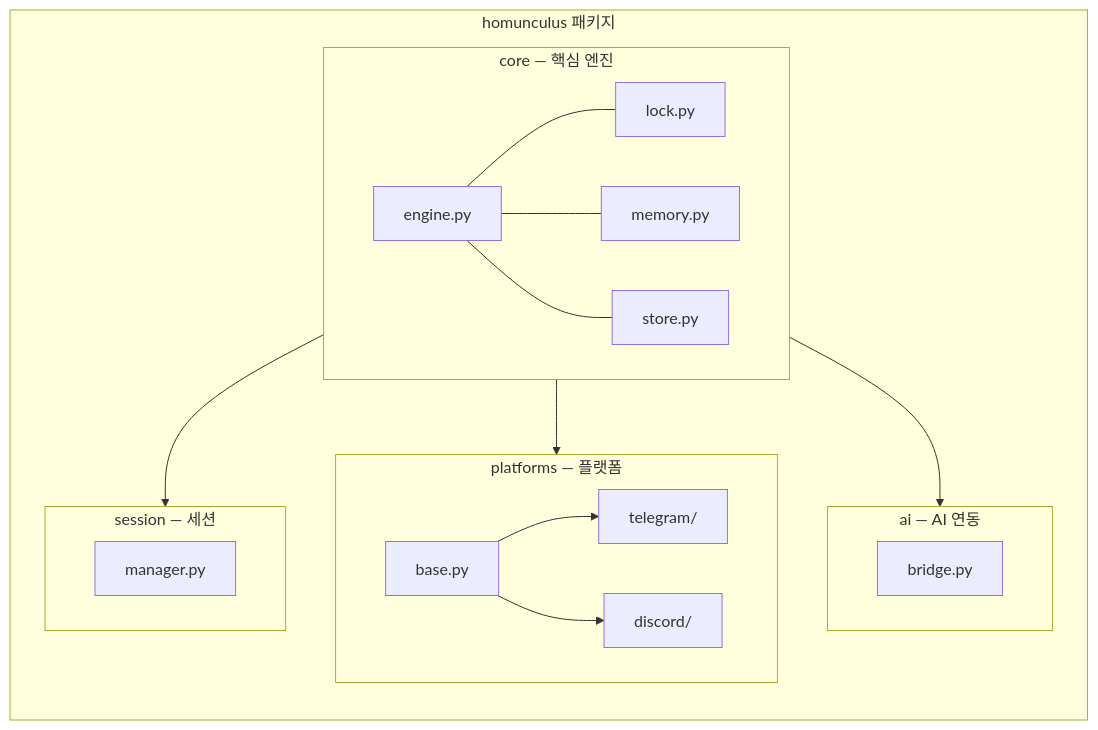
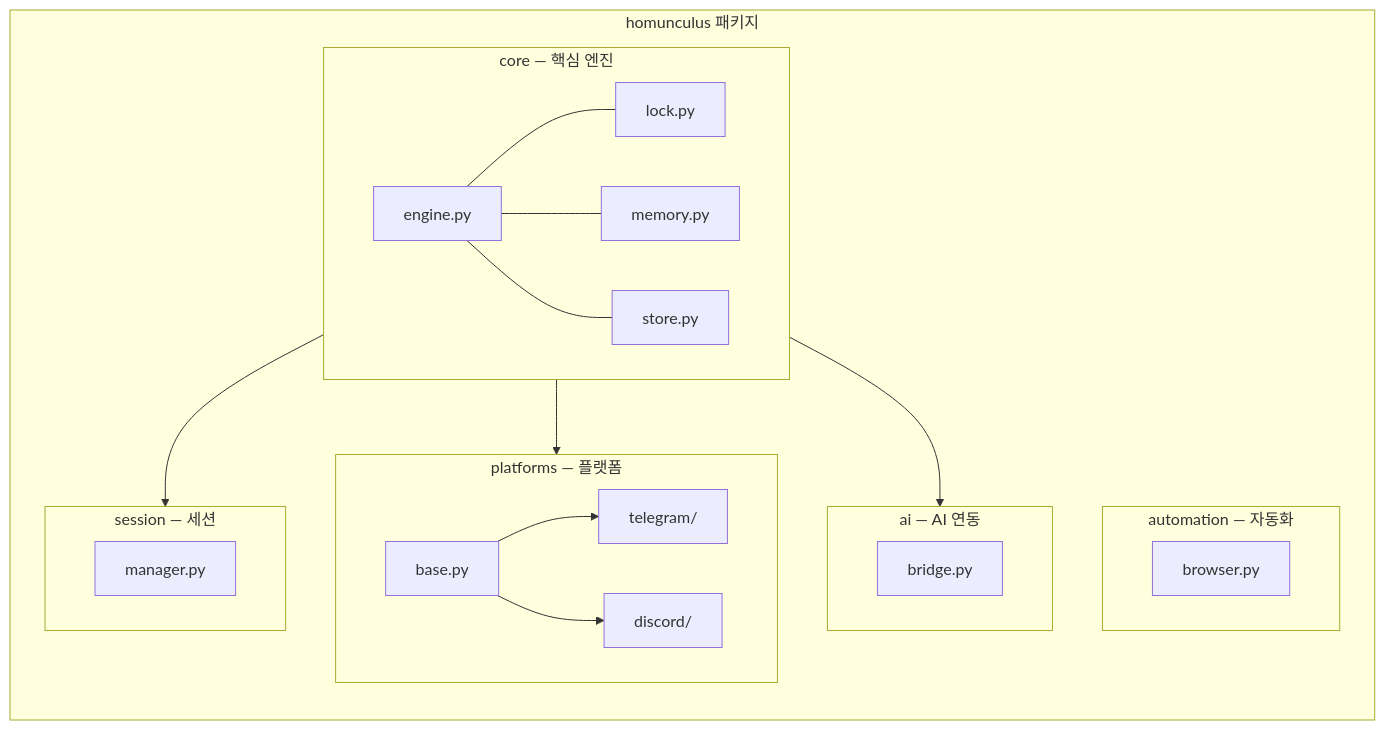
Before and after one commit to jskjw157/super_homunculus_bot: the fourth of 5 diagrams in README_KO.md, drawn with Mermaid. The commit also changed other lines of this file and 1 other file, not shown here.

````diff
--- a/README_KO.md
+++ b/README_KO.md
@@ -118,23 +260,26 @@
 ```mermaid
 graph LR
     subgraph homunculus[homunculus 패키지]
         subgraph core[core — 핵심 엔진]
             E[engine.py] --- LK[lock.py]
             E --- M[memory.py]
             E --- ST[store.py]
         end
         subgraph platforms[platforms — 플랫폼]
             B[base.py] --> TG[telegram/]
             B --> DC[discord/]
         end
         subgraph ai[ai — AI 연동]
             BR[bridge.py]
         end
+        subgraph automation[automation — 자동화]
+            BW[browser.py]
+        end
         subgraph session[session — 세션]
             SM[manager.py]
         end
     end
     core --> platforms
     core --> ai
     core --> session
 ```
````
